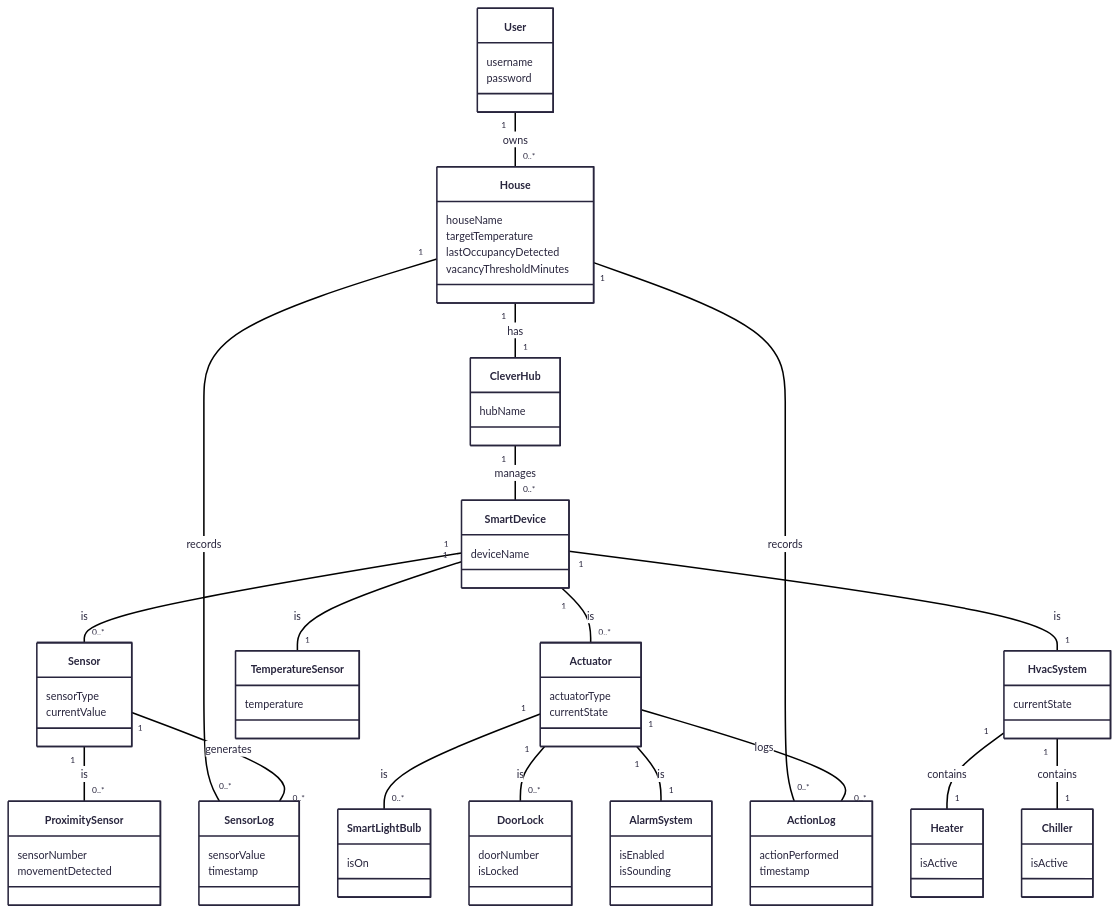
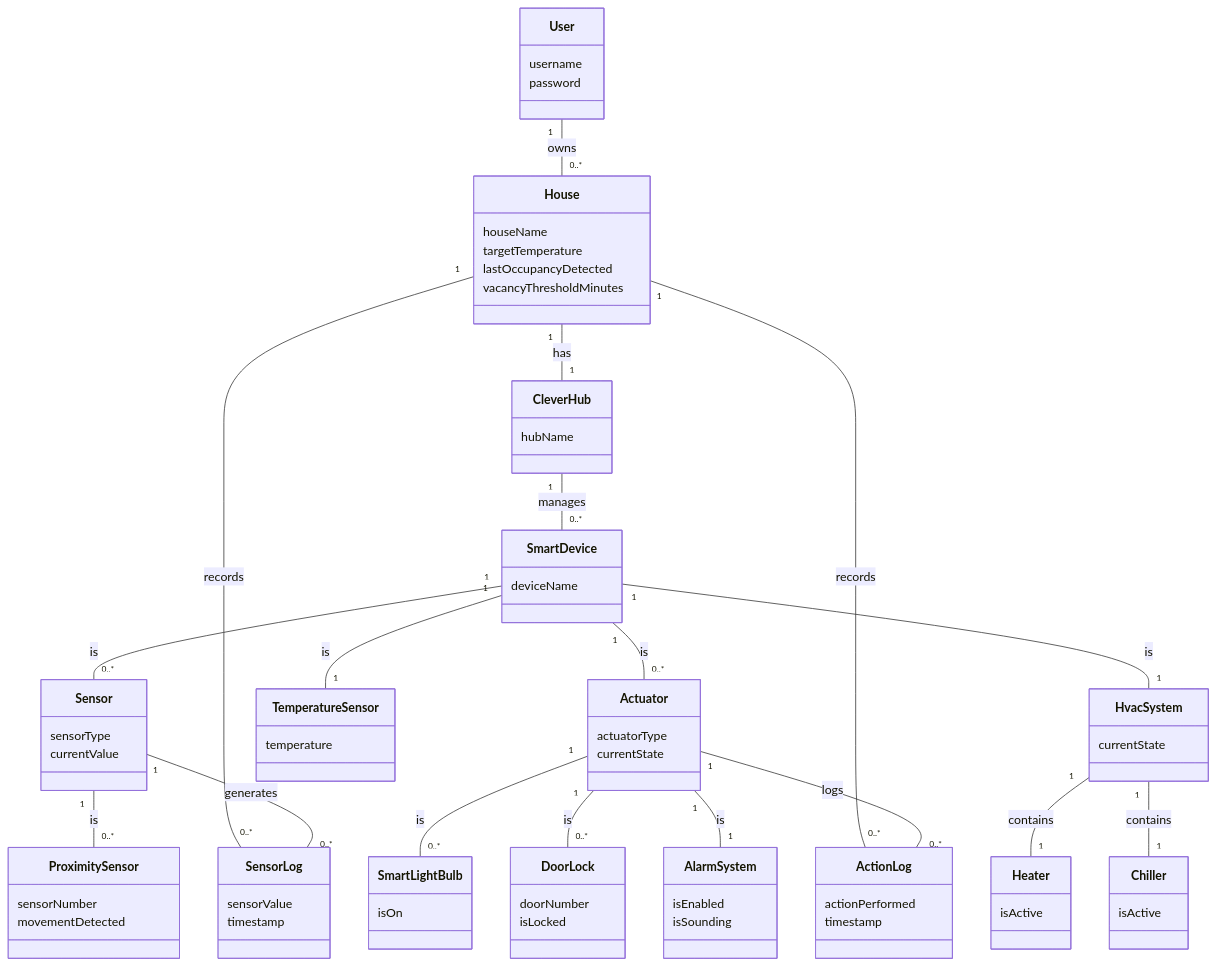
One commit to Martin-Contreras-labs/Group-11-Eleven-Group changed the diagram in DOMAIN_MODEL.md. Above: the diagram before and after it, drawn with Mermaid.

````diff
--- a/DOMAIN_MODEL.md
+++ b/DOMAIN_MODEL.md
@@ -56,7 +56,7 @@
 ```mermaid
 ---
 config:
-  theme: redux
+  theme: default
 ---
 classDiagram
     class User {
````
